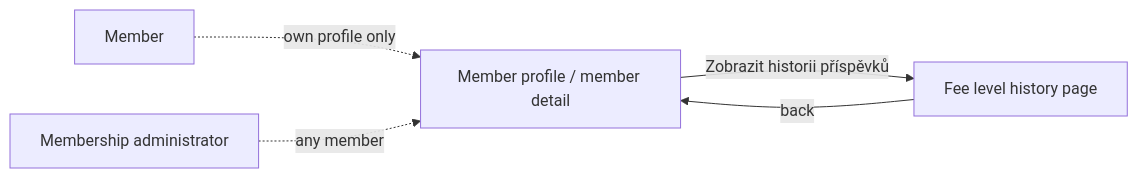
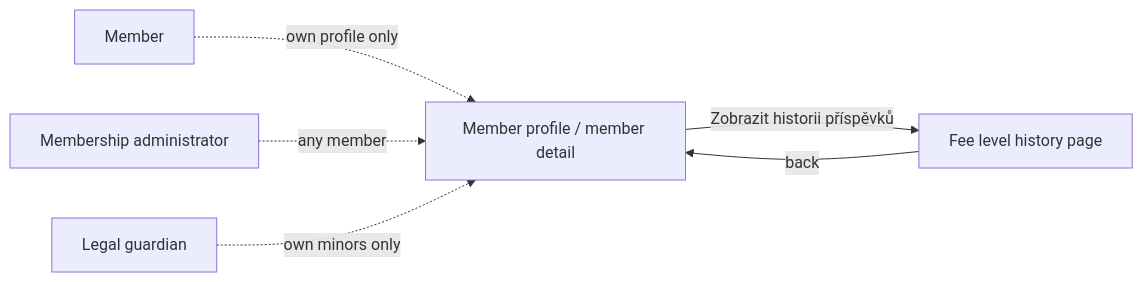
Before and after one commit to zabiny/klabis: the diagram in openspec/changes/add-member-fee-history-page/proposal.md, drawn with Mermaid. The commit also changed other lines of this file and 11 other files, not shown here.

````diff
--- a/openspec/changes/add-member-fee-history-page/proposal.md
+++ b/openspec/changes/add-member-fee-history-page/proposal.md
@@ -22,7 +25,8 @@
 ```mermaid
 flowchart LR
     P[Member profile / member detail] -->|"Zobrazit historii příspěvků"| H[Fee level history page]
     H -->|back| P
     M[Member] -.->|own profile only| P
     A[Membership administrator] -.->|any member| P
+    G[Legal guardian] -.->|own minors only| P
 ```
````
